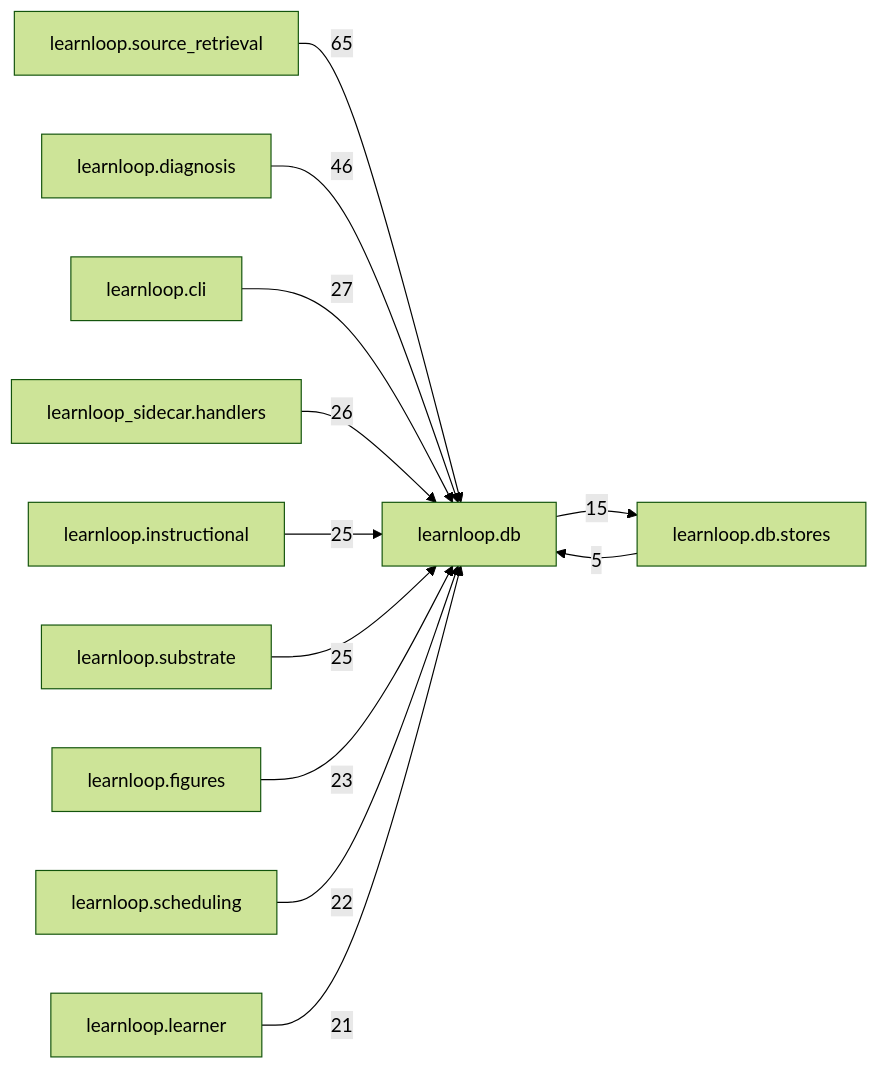
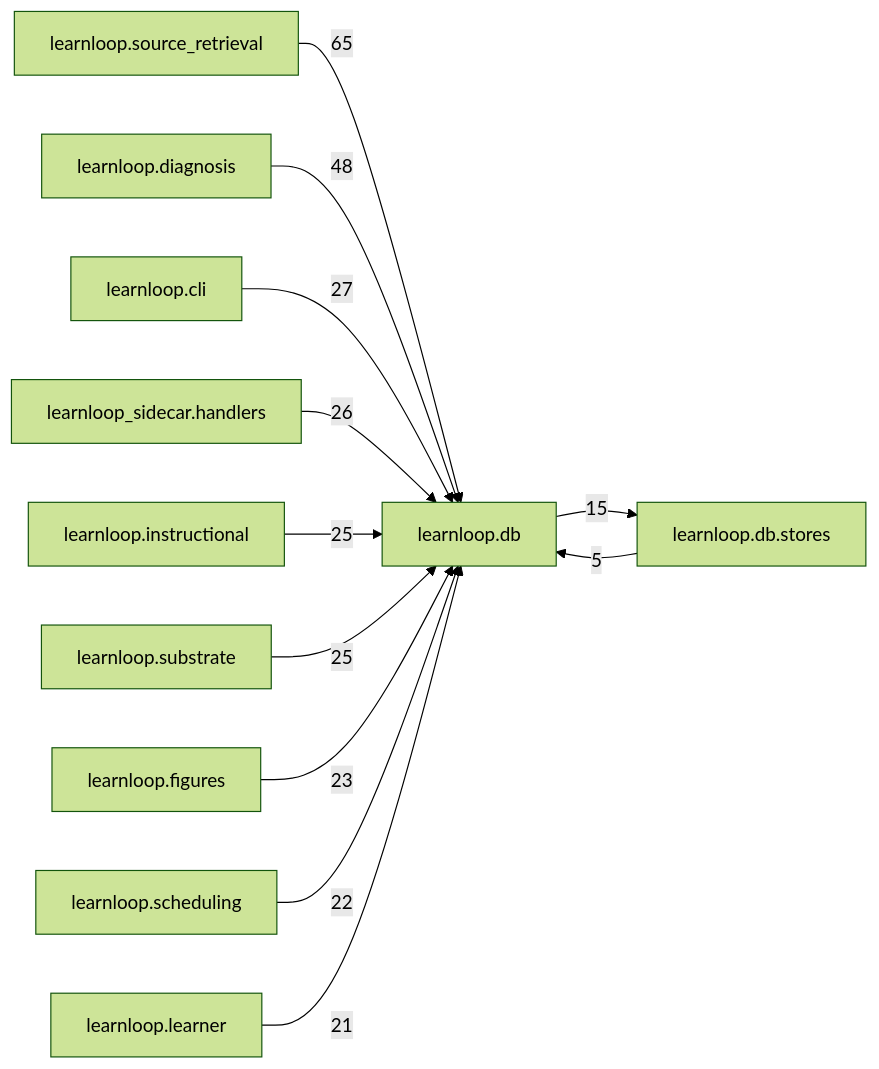
The diagram in docs/learnloop-architecture-vault/Reference/Modules/learnloop/db/_package.md (6up-b/learnanything), drawn with Mermaid (forest theme) before and after one commit. The commit also changed other lines of this file and 32 other files, not shown here.

````diff
--- a/docs/learnloop-architecture-vault/Reference/Modules/learnloop/db/_package.md
+++ b/docs/learnloop-architecture-vault/Reference/Modules/learnloop/db/_package.md
@@ -138,25 +138,25 @@
 ```mermaid
 flowchart LR
     center["learnloop.db"]
     n_learnloop_source_retrieval["learnloop.source_retrieval"]
     n_learnloop_diagnosis["learnloop.diagnosis"]
     n_learnloop_cli["learnloop.cli"]
     n_learnloop_sidecar_handlers["learnloop_sidecar.handlers"]
     n_learnloop_instructional["learnloop.instructional"]
     n_learnloop_substrate["learnloop.substrate"]
     n_learnloop_figures["learnloop.figures"]
     n_learnloop_scheduling["learnloop.scheduling"]
     n_learnloop_learner["learnloop.learner"]
     n_learnloop_db_stores["learnloop.db.stores"]
     n_learnloop_source_retrieval -->|65| center
-    n_learnloop_diagnosis -->|46| center
+    n_learnloop_diagnosis -->|48| center
     n_learnloop_cli -->|27| center
     n_learnloop_sidecar_handlers -->|26| center
     n_learnloop_instructional -->|25| center
     n_learnloop_substrate -->|25| center
     n_learnloop_figures -->|23| center
     n_learnloop_scheduling -->|22| center
     n_learnloop_learner -->|21| center
     n_learnloop_db_stores -->|5| center
     center -->|15| n_learnloop_db_stores
 ```
````
